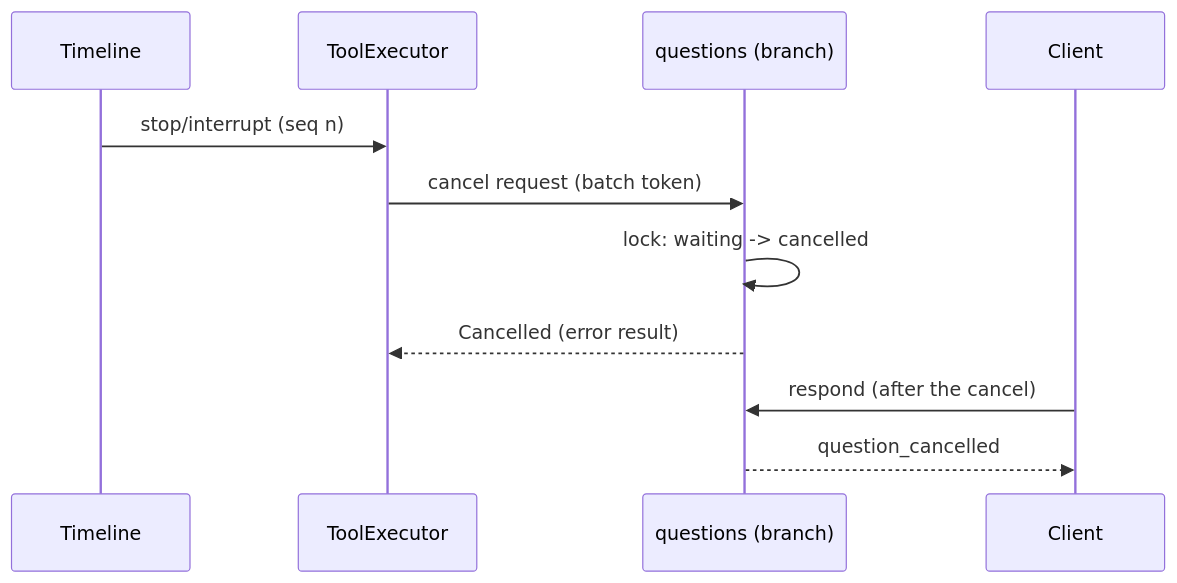
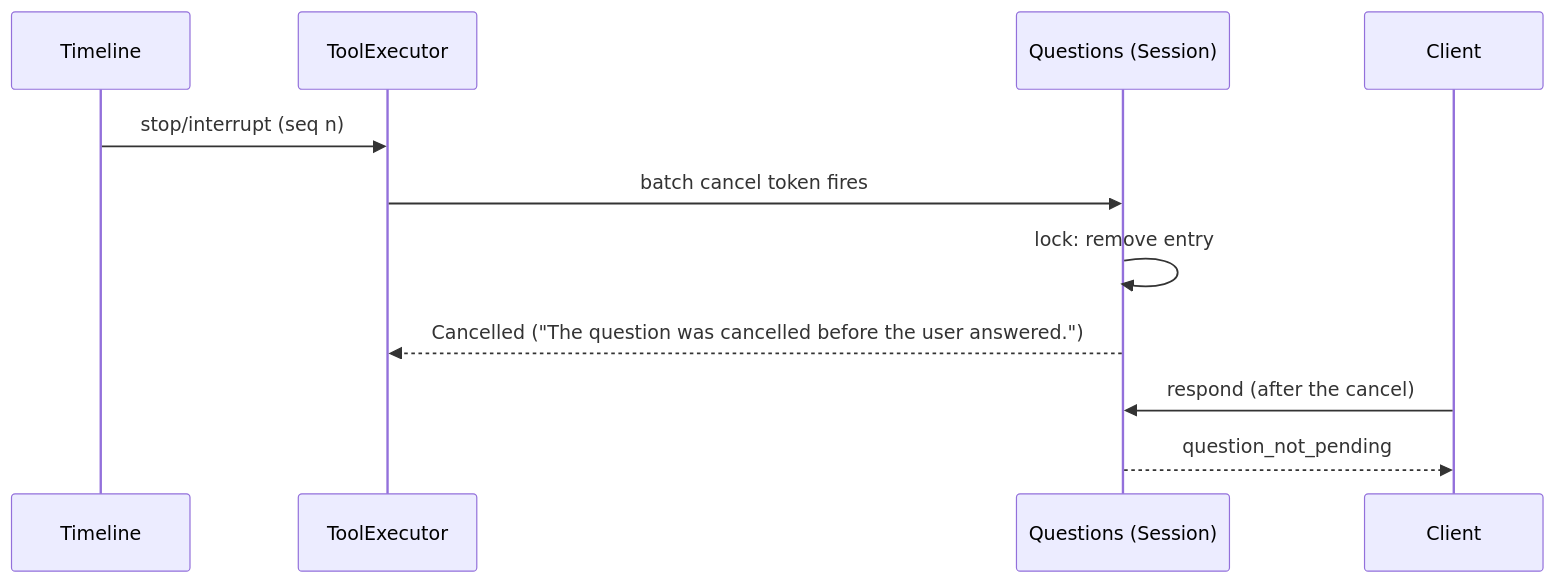
One commit to CoutinhoTTS/dim-agent changed the fourth of 4 diagrams in docs/design/plugins/Questions.md. Above: the diagram before and after it, drawn with Mermaid. The commit also changed other lines of this file and 11 other files, not shown here.

````diff
--- a/docs/design/plugins/Questions.md
+++ b/docs/design/plugins/Questions.md
@@ -131,13 +166,13 @@
 ```mermaid
 sequenceDiagram
   participant TL as Timeline
   participant TE as ToolExecutor
-  participant QB as questions (branch)
+  participant Q as Questions (Session)
   participant C as Client
   TL->>TE: stop/interrupt (seq n)
-  TE->>QB: cancel request (batch token)
-  QB->>QB: lock: waiting -> cancelled
-  QB-->>TE: Cancelled (error result)
-  C->>QB: respond (after the cancel)
-  QB-->>C: question_cancelled
+  TE->>Q: batch cancel token fires
+  Q->>Q: lock: remove entry
+  Q-->>TE: Cancelled ("The question was cancelled before the user answered.")
+  C->>Q: respond (after the cancel)
+  Q-->>C: question_not_pending
 ```
````
